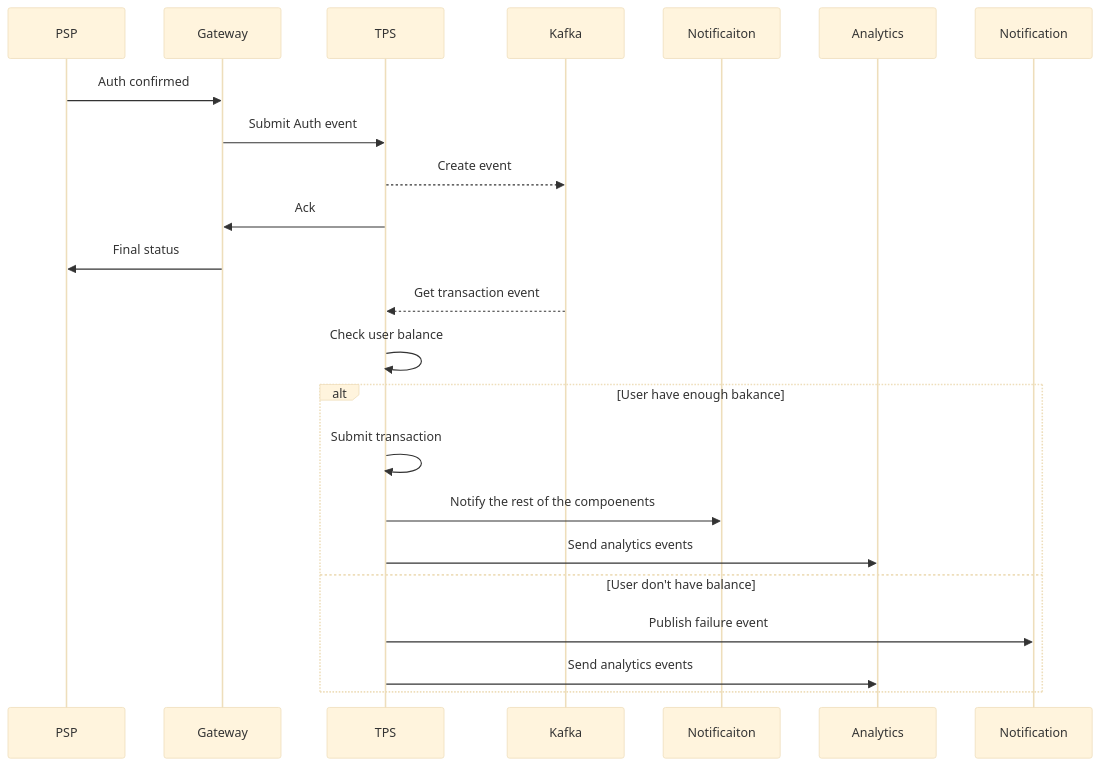
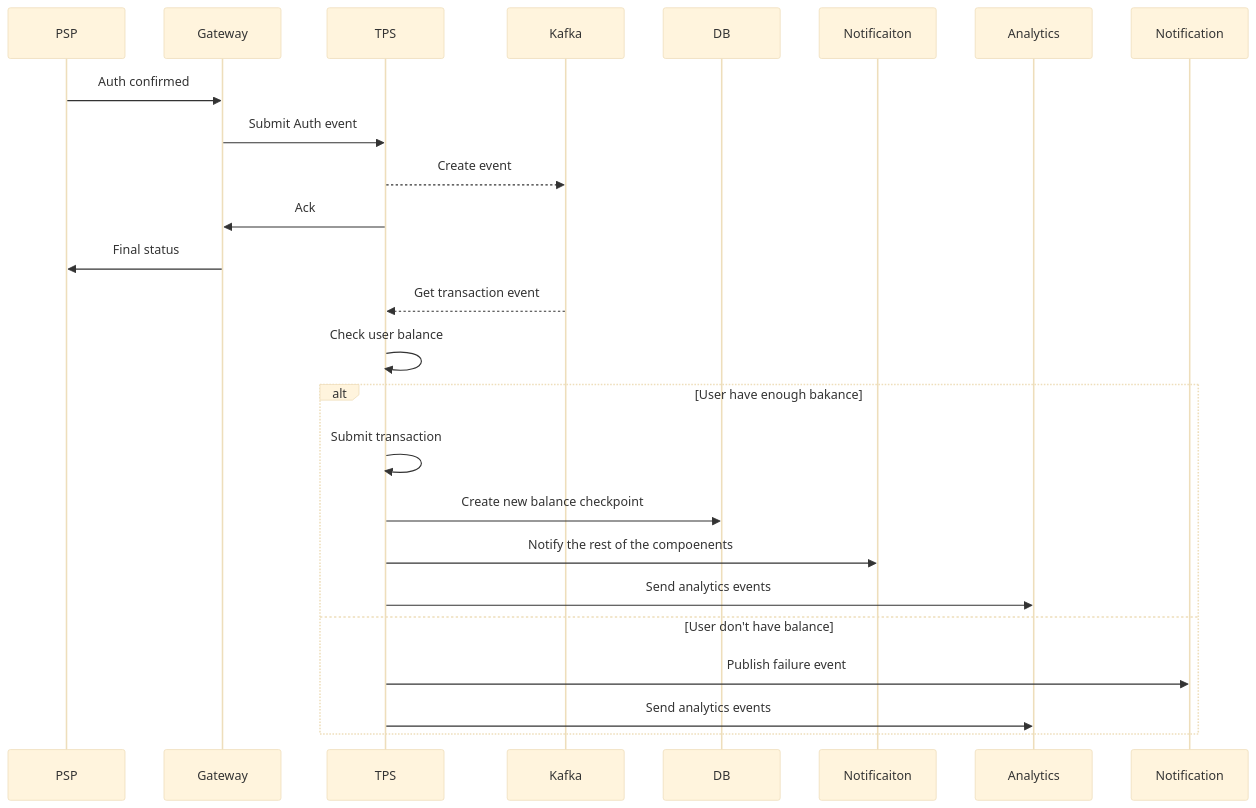
One commit to ak-seyam/transaction-management changed the first of 2 diagrams in README.md. Above: the diagram before and after it, drawn with Mermaid (base theme). The commit also changed other lines of this file, not shown here.

Commit message:
Feat: add balance check sequence

````diff
--- a/README.md
+++ b/README.md
@@ -30,18 +30,19 @@
 ```mermaid
 sequenceDiagram
   PSP->>Gateway: Auth confirmed
   Gateway->>TPS: Submit Auth event
   TPS-->>Kafka: Create event
   TPS->>Gateway: Ack
   Gateway->>PSP: Final status
   Kafka-->>TPS: Get transaction event
   TPS->>TPS: Check user balance
   alt User have enough bakance
     TPS->>TPS: Submit transaction
+    TPS->>DB: Create new balance checkpoint
     TPS->>Notificaiton: Notify the rest of the compoenents
     TPS->>Analytics: Send analytics events
   else User don't have balance
     TPS->>Notification: Publish failure event
     TPS->>Analytics: Send analytics events
   end
 ```
````
